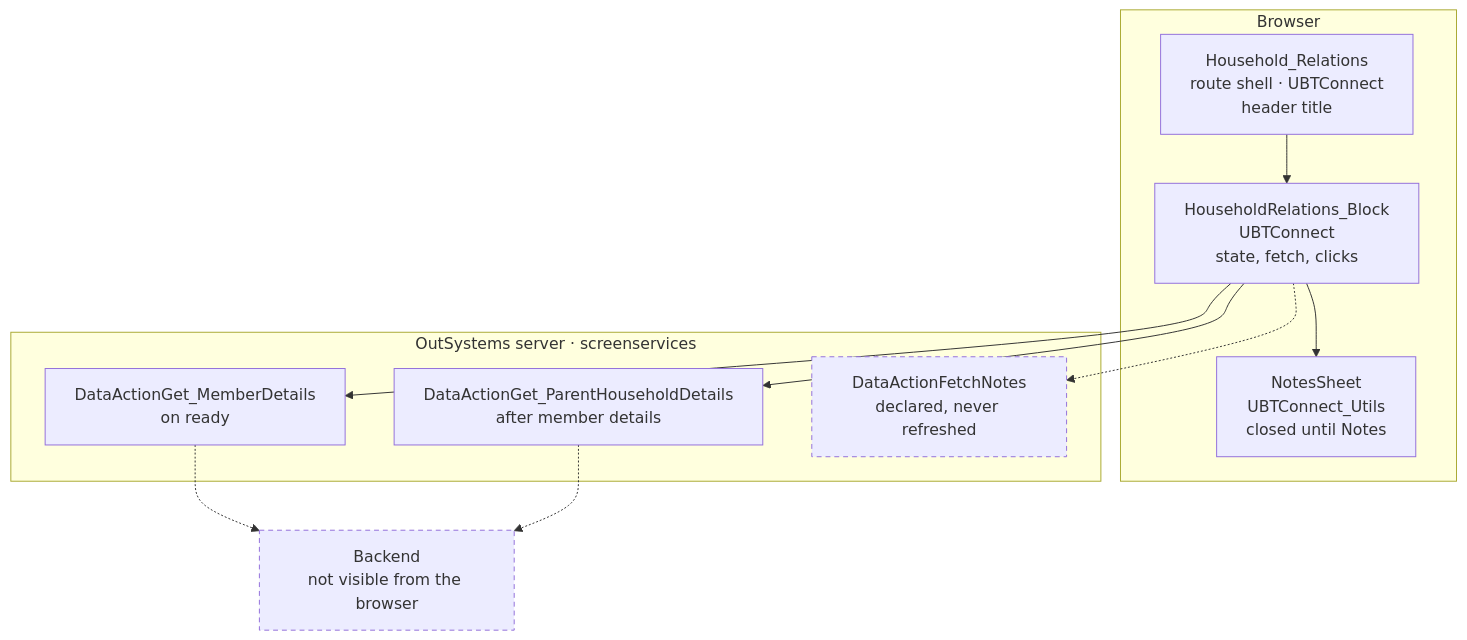
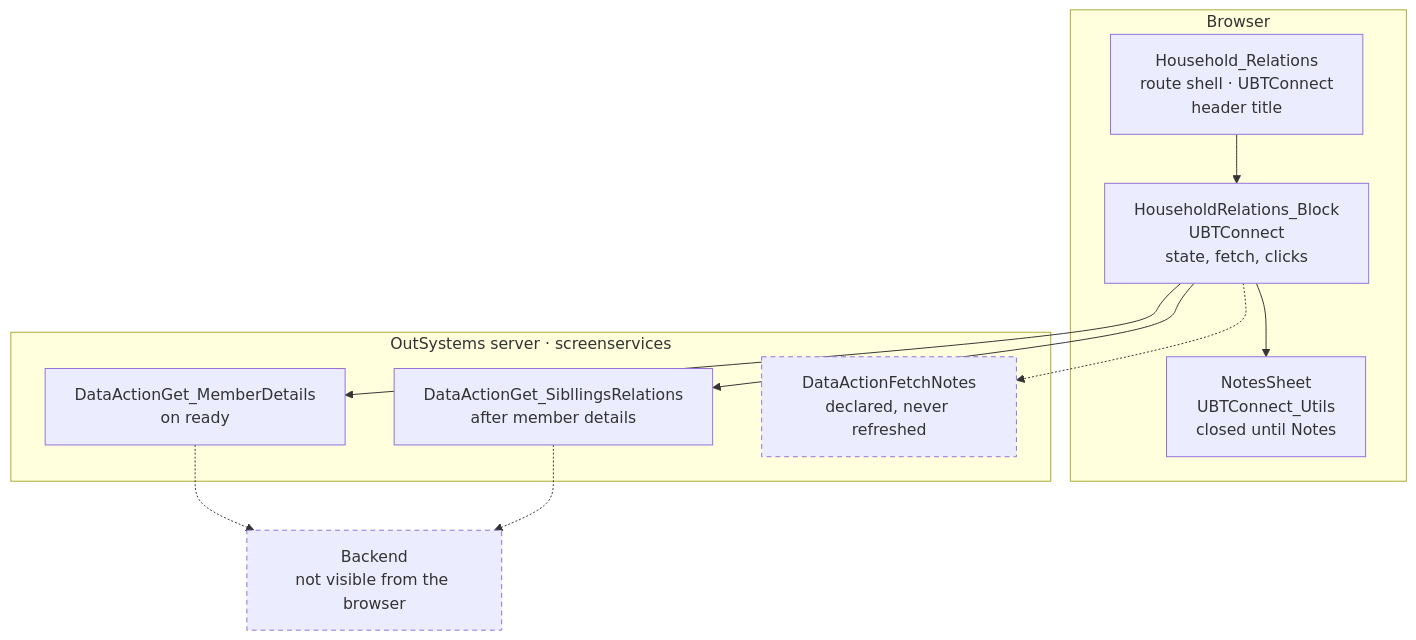
Before and after one commit to Phoenix-DX/connect-new-ui: the first of 3 diagrams in migration/screens/Household_Relations/route-spec.md, drawn with Mermaid. The commit also changed other lines of this file and 56 other files, not shown here.

First line of the commit message:
sync(Household_Relations): the route matches the TST capture of 2026-11-07

````diff
--- a/migration/screens/Household_Relations/route-spec.md
+++ b/migration/screens/Household_Relations/route-spec.md
@@ -71,23 +71,23 @@
 ```mermaid
 flowchart TB
   subgraph Browser["Browser"]
     Shell["Household_Relations<br/>route shell · UBTConnect<br/>header title"]
     Block["HouseholdRelations_Block<br/>UBTConnect<br/>state, fetch, clicks"]
     Notes["NotesSheet<br/>UBTConnect_Utils<br/>closed until Notes"]
     Shell --> Block
     Block --> Notes
   end
   subgraph Server["OutSystems server · screenservices"]
     MD["DataActionGet_MemberDetails<br/>on ready"]
-    PHD["DataActionGet_ParentHouseholdDetails<br/>after member details"]
+    PHD["DataActionGet_SibllingsRelations<br/>after member details"]
     FN["DataActionFetchNotes<br/>declared, never refreshed"]
   end
   Backend["Backend<br/>not visible from the browser"]
   Block --> MD
   Block --> PHD
   Block -.-> FN
   MD -.-> Backend
   PHD -.-> Backend
   classDef unknown stroke-dasharray: 5 4;
   class Backend,FN unknown;
 ```
````
